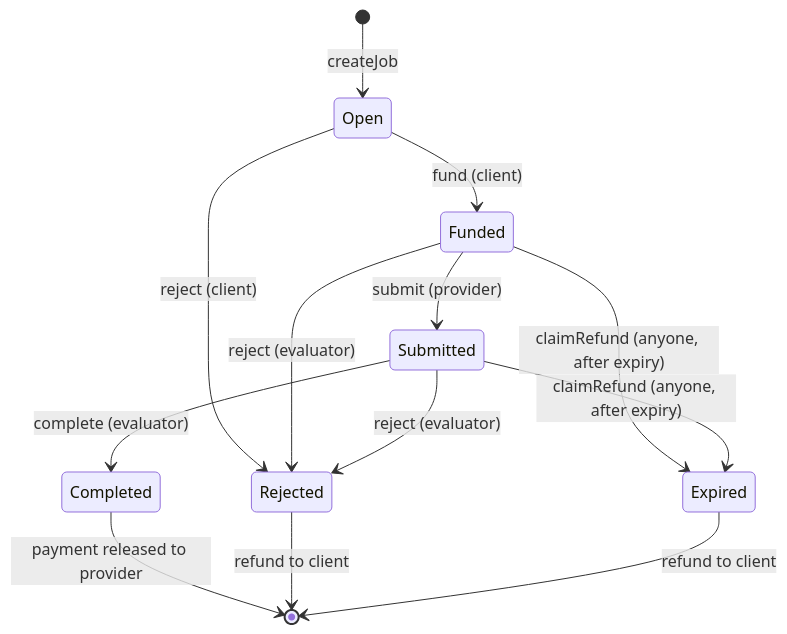
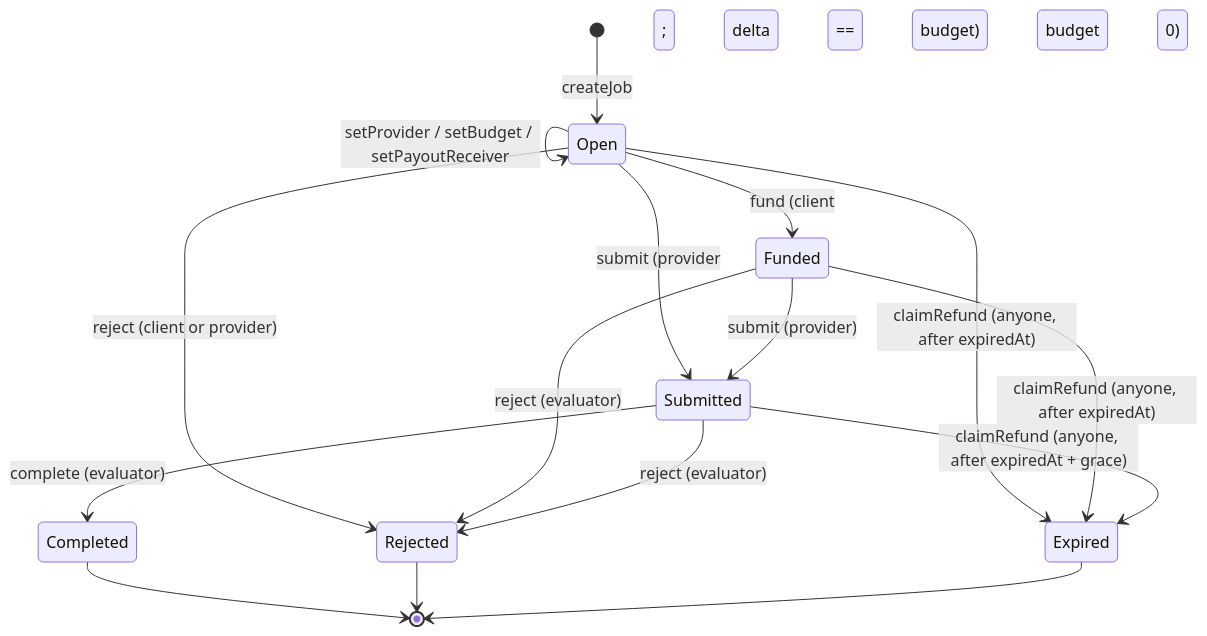
The diagram in README.md (qntx/market-contract), drawn with Mermaid before and after one commit. The commit also changed other lines of this file and 25 other files, not shown here.

````diff
--- a/README.md
+++ b/README.md
@@ -24,15 +25,18 @@
 ```mermaid
 stateDiagram-v2
     [*] --> Open: createJob
-    Open --> Funded: fund (client)
-    Open --> Rejected: reject (client)
+    Open --> Open: setProvider / setBudget / setPayoutReceiver
+    Open --> Funded: fund (client; delta == budget)
+    Open --> Submitted: submit (provider; budget == 0)
+    Open --> Rejected: reject (client or provider)
+    Open --> Expired: claimRefund (anyone, after expiredAt)
     Funded --> Submitted: submit (provider)
     Funded --> Rejected: reject (evaluator)
-    Funded --> Expired: claimRefund (anyone, after expiry)
+    Funded --> Expired: claimRefund (anyone, after expiredAt)
     Submitted --> Completed: complete (evaluator)
     Submitted --> Rejected: reject (evaluator)
-    Submitted --> Expired: claimRefund (anyone, after expiry)
-    Completed --> [*]: payment released to provider
-    Rejected --> [*]: refund to client
-    Expired --> [*]: refund to client
+    Submitted --> Expired: claimRefund (anyone, after expiredAt + grace)
+    Completed --> [*]
+    Rejected --> [*]
+    Expired --> [*]
 ```
````
